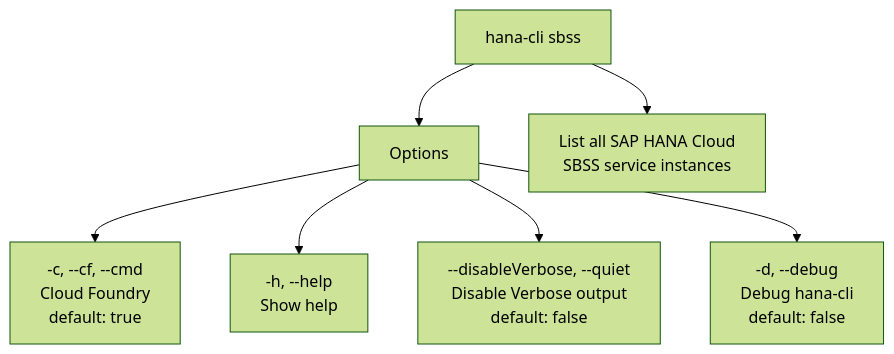
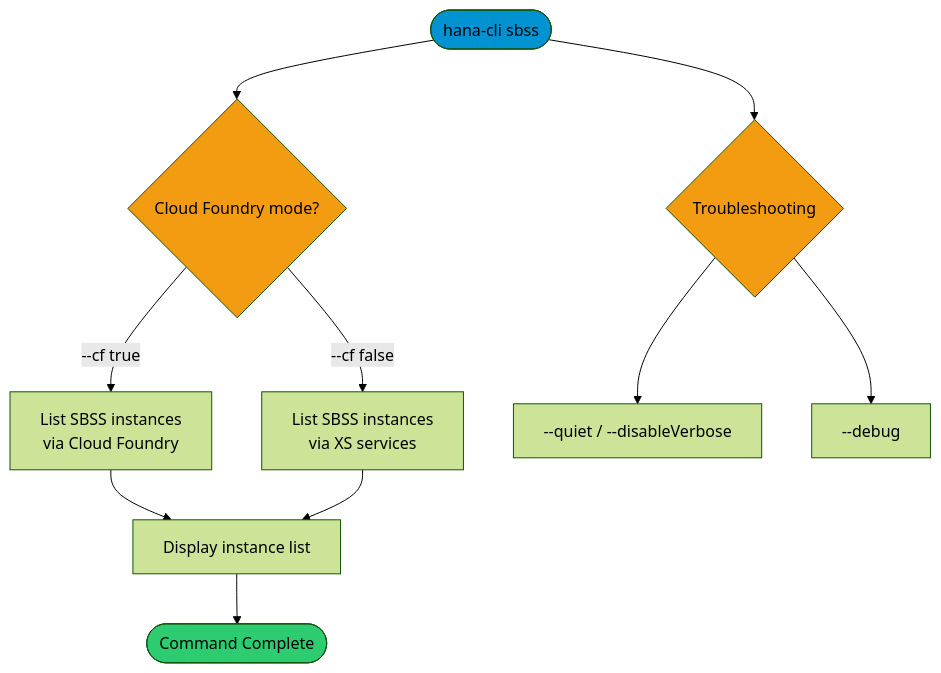
The first of 2 diagrams in docs/02-commands/hana-cloud/hana-cloud-s-b-s-s-instances.md (SAP-samples/hana-developer-cli-tool-example), drawn with Mermaid (forest theme) before and after one commit. The commit also changed other lines of this file and 8 other files, not shown here.

Commit message:
feat: enhance documentation for HANA Cloud commands with improved clarity and consistency

````diff
--- a/docs/02-commands/hana-cloud/hana-cloud-s-b-s-s-instances.md
+++ b/docs/02-commands/hana-cloud/hana-cloud-s-b-s-s-instances.md
@@ -28,9 +28,17 @@
 ```mermaid
 graph TD
-    A["hana-cli sbss"] --> B["Options"]
-    B --> C["-c, --cf, --cmd<br/>Cloud Foundry<br/>default: true"]
-    B --> D["-h, --help<br/>Show help"]
-    B --> E["--disableVerbose, --quiet<br/>Disable Verbose output<br/>default: false"]
-    B --> F["-d, --debug<br/>Debug hana-cli<br/>default: false"]
-    A --> G["List all SAP HANA Cloud<br/>SBSS service instances"]
+    Start([hana-cli sbss]) --> Mode{Cloud Foundry mode?}
+    Mode -->|--cf true| CF["List SBSS instances<br/>via Cloud Foundry"]
+    Mode -->|--cf false| XS["List SBSS instances<br/>via XS services"]
+    CF --> Output["Display instance list"]
+    XS --> Output
+    Start --> Options{Troubleshooting}
+    Options --> Quiet["--quiet / --disableVerbose"]
+    Options --> Debug["--debug"]
+    Output --> Complete([Command Complete])
+
+    style Start fill:#0092d1
+    style Complete fill:#2ecc71
+    style Mode fill:#f39c12
+    style Options fill:#f39c12
 ```
````
